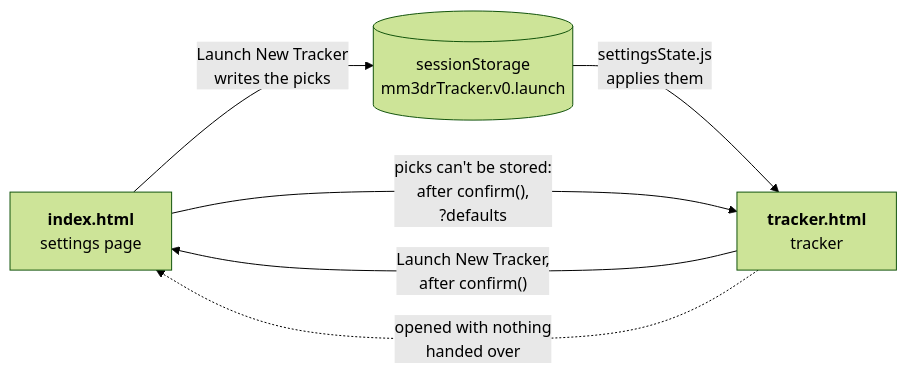
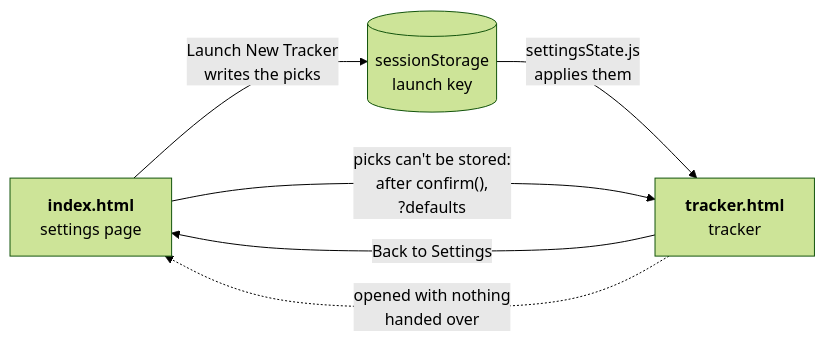
Before and after one commit to GonzaloJMora/mm3drTracker: the first of 20 diagrams in documentation/architecture-diagram.md, drawn with Mermaid (forest theme). The commit also changed other lines of this file and 72 other files, not shown here.

````diff
--- a/documentation/architecture-diagram.md
+++ b/documentation/architecture-diagram.md
@@ -24,12 +25,13 @@
 ```mermaid
+%%{init: {"flowchart": {"rankSpacing": 30}}}%%
 flowchart LR
     SP["<b>index.html</b><br/>settings page"]
-    ST[("sessionStorage<br/>mm3drTracker.v0.launch")]
+    ST[("sessionStorage<br/>launch key")]
     TR["<b>tracker.html</b><br/>tracker"]
 
     SP -- "Launch New Tracker<br/>writes the picks" --> ST
     ST -- "settingsState.js<br/>applies them" --> TR
-    TR -- "Launch New Tracker,<br/>after confirm()" --> SP
+    TR -- "Back to Settings" --> SP
     SP -- "picks can't be stored:<br/>after confirm(),<br/>?defaults" --> TR
     TR -. "opened with nothing<br/>handed over" .-> SP
 ```
````
